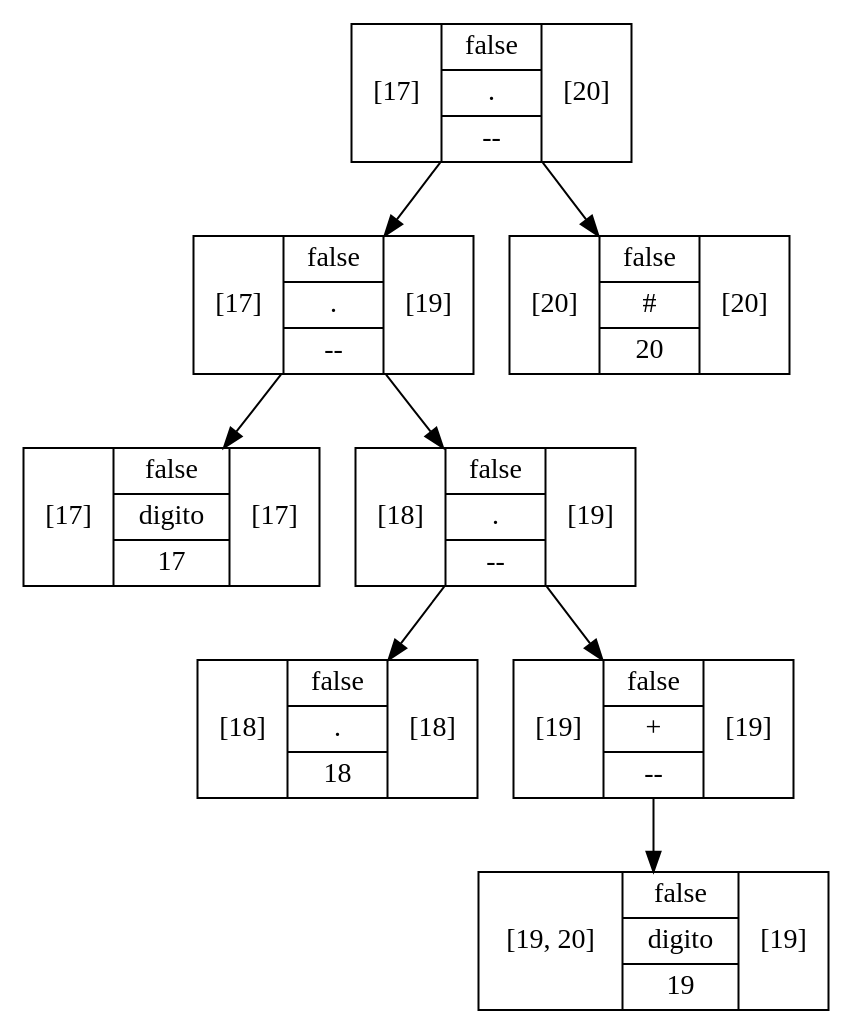
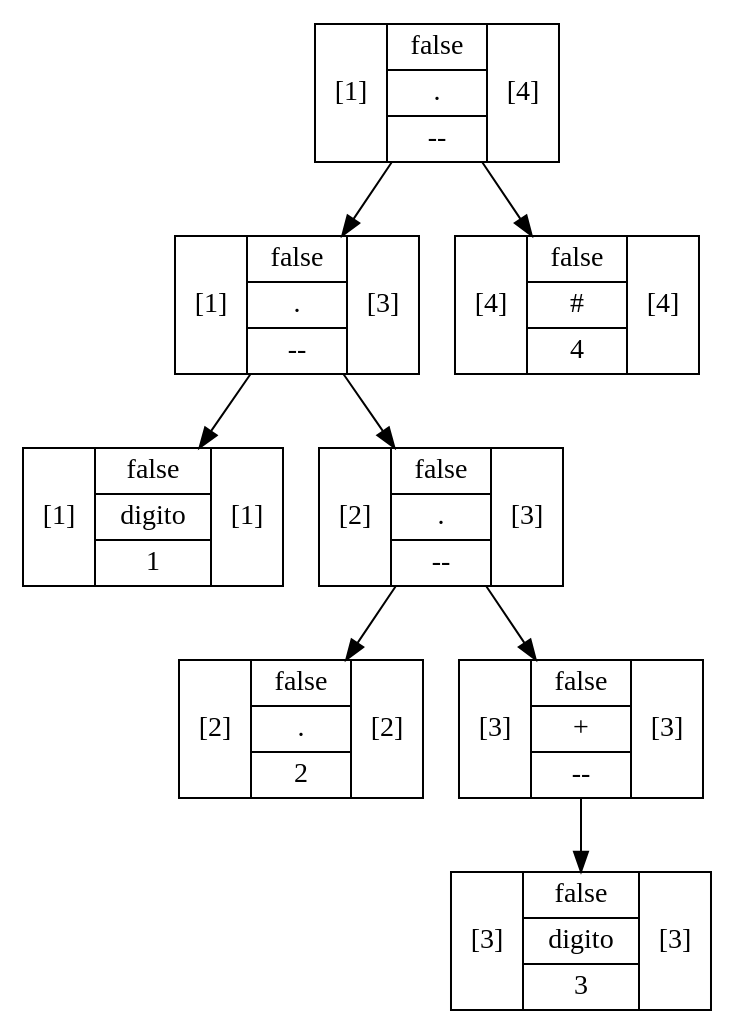
Before and after one commit to JeffMendez/OCL_Proyecto1_201901557: the diagram in Regexive/archivos/ARBOLES_201901557/ExpresionReg2.dot, drawn with Graphviz. The commit also changed 58 other files, not shown here.

```diff
--- a/Regexive/archivos/ARBOLES_201901557/ExpresionReg2.dot
+++ b/Regexive/archivos/ARBOLES_201901557/ExpresionReg2.dot
@@ -1,17 +1,17 @@
 digraph G {
-337348837 [shape=record label="[17] |{ false | digito | 17 }| [17]"];
-795979437 [shape=record label="[18] |{ false | . | 18 }| [18]"];
-49224064 [shape=record label="[19, 20] |{ false | digito | 19 }| [19]"];
-580919357 [shape=record label="[19] |{ false | + | -- }| [19]"];
-580919357 -> 49224064
-1790232620 [shape=record label="[18] |{ false | . | -- }| [19]"];
-1790232620 -> 795979437
-1790232620 -> 580919357
-1217533713 [shape=record label="[17] |{ false | . | -- }| [19]"];
-1217533713 -> 337348837
-1217533713 -> 1790232620
-852178074 [shape=record label="[20] |{ false | # | 20 }| [20]"];
-298404662 [shape=record label="[17] |{ false | . | -- }| [20]"];
-298404662 -> 1217533713
-298404662 -> 852178074
+1053393473 [shape=record label="[1] |{ false | digito | 1 }| [1]"];
+608375448 [shape=record label="[2] |{ false | . | 2 }| [2]"];
+645873842 [shape=record label="[3] |{ false | digito | 3 }| [3]"];
+125858098 [shape=record label="[3] |{ false | + | -- }| [3]"];
+125858098 -> 645873842
+1965629449 [shape=record label="[2] |{ false | . | -- }| [3]"];
+1965629449 -> 608375448
+1965629449 -> 125858098
+1229073382 [shape=record label="[1] |{ false | . | -- }| [3]"];
+1229073382 -> 1053393473
+1229073382 -> 1965629449
+367302828 [shape=record label="[4] |{ false | # | 4 }| [4]"];
+300511939 [shape=record label="[1] |{ false | . | -- }| [4]"];
+300511939 -> 1229073382
+300511939 -> 367302828
 }
```
